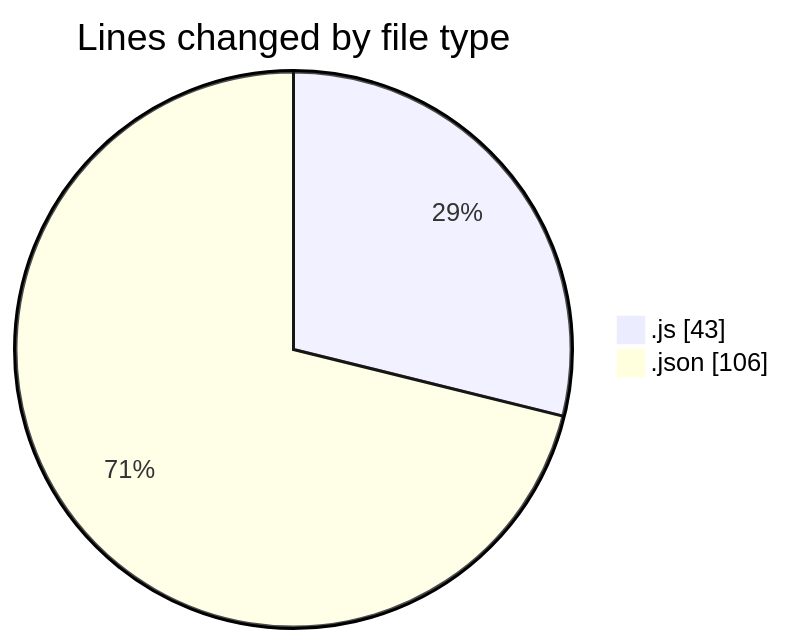
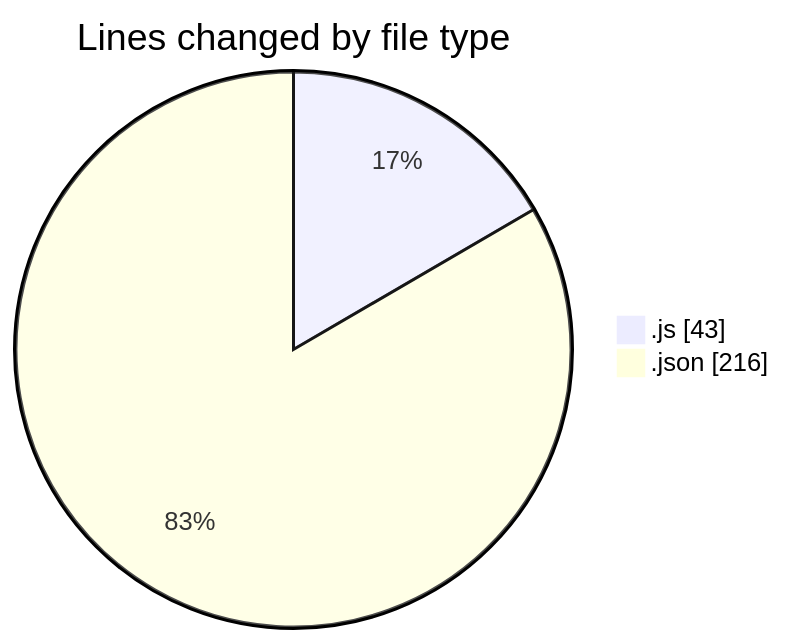
One commit to yexinjia/code-tracking changed the first of 2 diagrams in 2026-08-02/zhenhe-internet-hospital-patient-terminal/README.md. Above: the diagram before and after it, drawn with Mermaid. The commit also changed other lines of this file and 1 other file, not shown here.

````diff
--- a/2026-08-02/zhenhe-internet-hospital-patient-terminal/README.md
+++ b/2026-08-02/zhenhe-internet-hospital-patient-terminal/README.md
@@ -21,6 +21,6 @@
 ```mermaid
 pie showData
 title Lines changed by file type
 ".js" : 43
-".json" : 106
+".json" : 216
 ```
````
